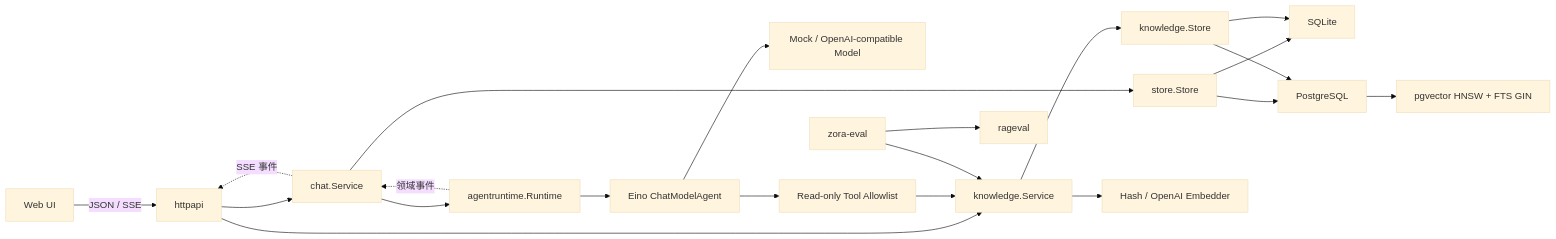
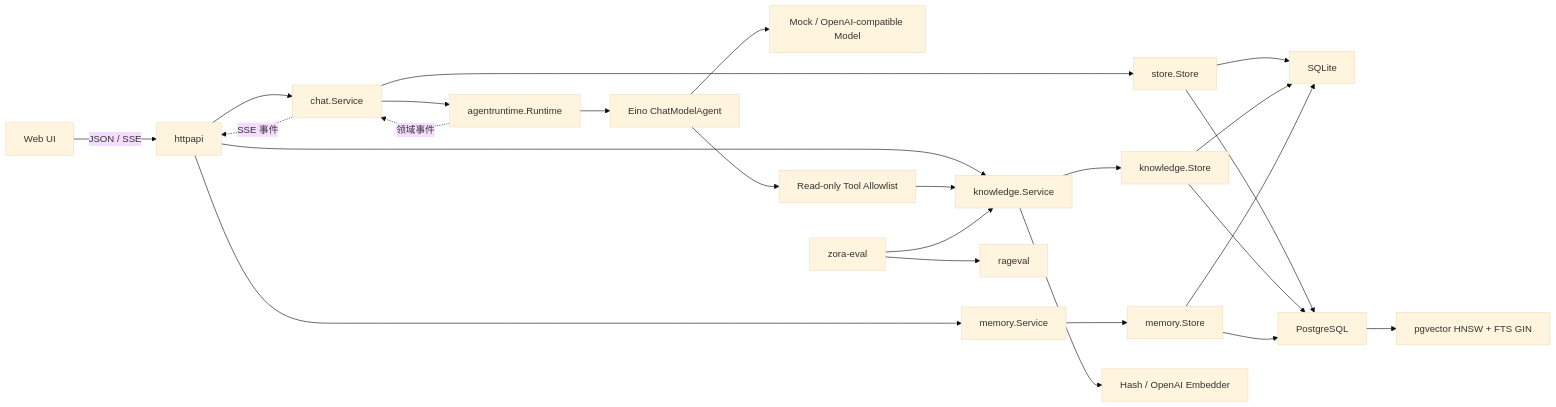
One commit to zora-DD/zora changed the fifth of 5 diagrams in docs/project-analysis.md. Above: the diagram before and after it, drawn with Mermaid (base theme). The commit also changed other lines of this file and 22 other files, not shown here.

````diff
--- a/docs/project-analysis.md
+++ b/docs/project-analysis.md
@@ -281,24 +317,28 @@
 ```mermaid
 flowchart LR
     Browser["Web UI"] -->|"JSON / SSE"| HTTP["httpapi"]
     HTTP --> Chat["chat.Service"]
     HTTP --> Knowledge["knowledge.Service"]
+    HTTP --> Memory["memory.Service"]
     Chat --> Runtime["agentruntime.Runtime"]
     Runtime --> ADK["Eino ChatModelAgent"]
     ADK --> Model["Mock / OpenAI-compatible Model"]
     ADK --> Tools["Read-only Tool Allowlist"]
     Tools --> Knowledge
     Chat --> Store["store.Store"]
     Knowledge --> KStore["knowledge.Store"]
+    Memory --> MStore["memory.Store"]
     Store --> SQLite["SQLite"]
     KStore --> SQLite
+    MStore --> SQLite
     Store --> PostgreSQL["PostgreSQL"]
     KStore --> PostgreSQL
+    MStore --> PostgreSQL
     PostgreSQL --> PGVector["pgvector HNSW + FTS GIN"]
     Knowledge --> Embedder["Hash / OpenAI Embedder"]
     EvalCLI["zora-eval"] --> RAGEval["rageval"]
     EvalCLI --> Knowledge
 
     Runtime -. "领域事件" .-> Chat
     Chat -. "SSE 事件" .-> HTTP
 ```
````
